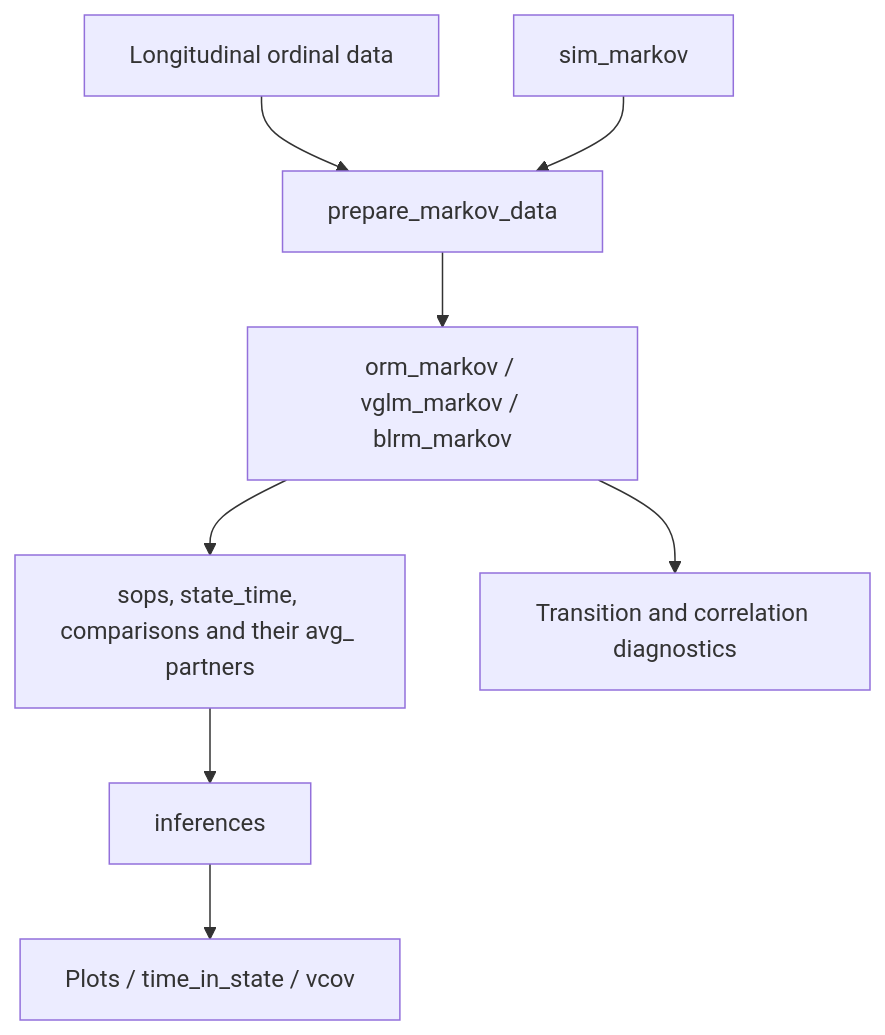
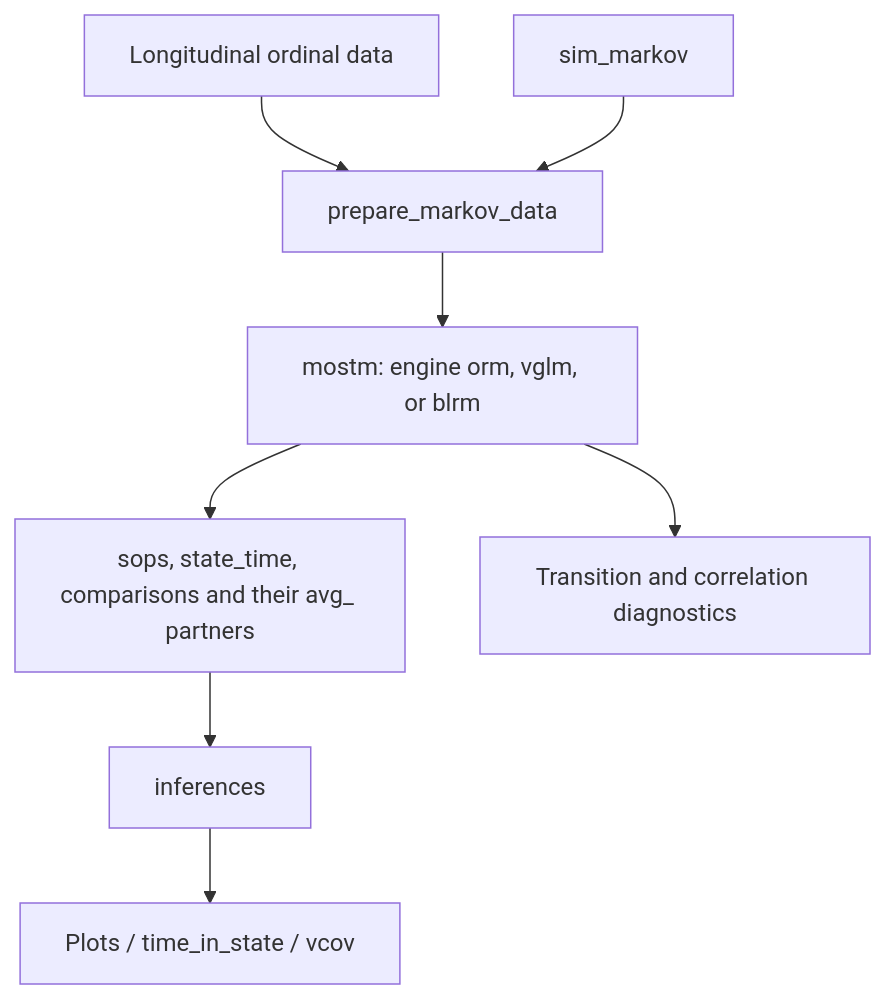
The first of 3 diagrams in ARCHITECTURE.md (scjohannes/mostr), drawn with Mermaid before and after one commit. The commit also changed other lines of this file and 97 other files, not shown here.

First line of the commit message:
// Replace the fitting wrappers with mostm(engine = ...)

````diff
--- a/ARCHITECTURE.md
+++ b/ARCHITECTURE.md
@@ -60,10 +60,10 @@
 ```mermaid
 flowchart TD
     A[Longitudinal ordinal data] --> B[prepare_markov_data]
     G[sim_markov] --> B
-    B --> C[orm_markov / vglm_markov / blrm_markov]
+    B --> C["mostm: engine orm, vglm, or blrm"]
     C --> D[sops, state_time, comparisons and their avg_ partners]
     D --> E[inferences]
     E --> F[Plots / time_in_state / vcov]
     C --> H[Transition and correlation diagnostics]
 ```
````
